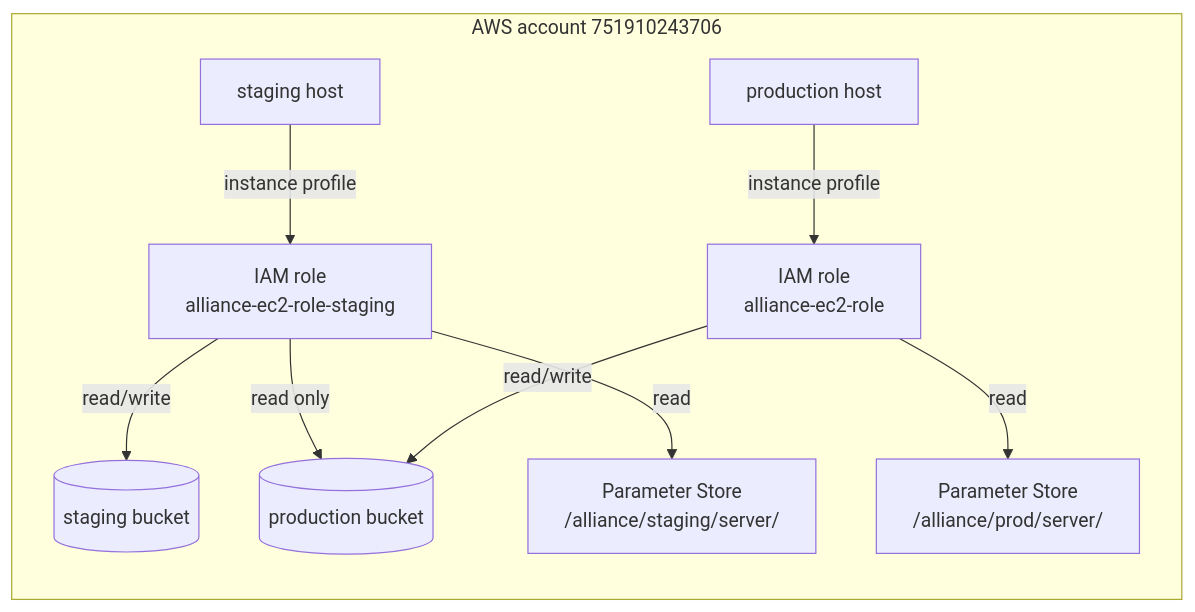
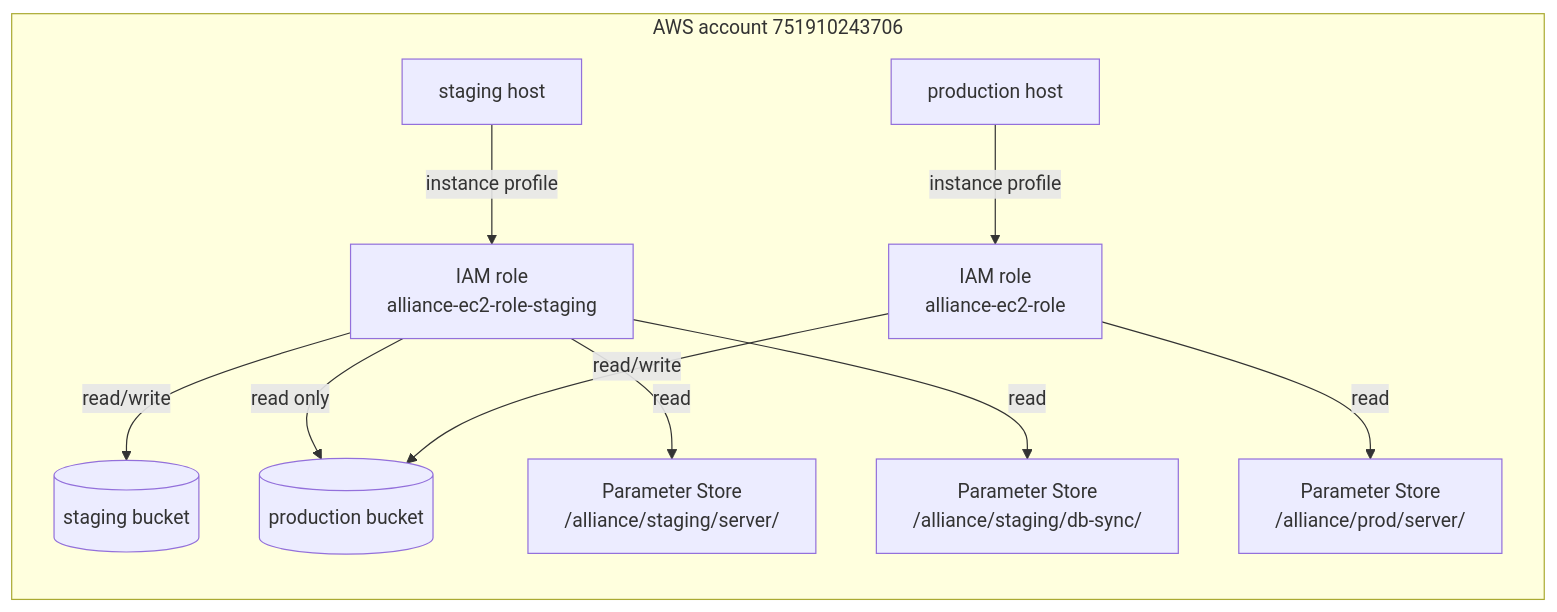
One commit to worldalliance/alliance changed the first of 2 diagrams in docs/backend-secrets.md. Above: the diagram before and after it, drawn with Mermaid. The commit also changed other lines of this file and 9 other files, not shown here.

````diff
--- a/docs/backend-secrets.md
+++ b/docs/backend-secrets.md
@@ -16,12 +16,13 @@
 ```mermaid
 flowchart LR
     subgraph AWS["AWS account 751910243706"]
         SBOX["staging host"] -->|instance profile| SROLE["IAM role<br/>alliance-ec2-role-staging"]
         PBOX["production host"] -->|instance profile| PROLE["IAM role<br/>alliance-ec2-role"]
         SROLE -->|read/write| SB[("staging bucket")]
         SROLE -->|read only| PB[("production bucket")]
         PROLE -->|read/write| PB
         SROLE -->|read| SSEC["Parameter Store<br/>/alliance/staging/server/"]
+        SROLE -->|read| SDS["Parameter Store<br/>/alliance/staging/db-sync/"]
         PROLE -->|read| PSEC["Parameter Store<br/>/alliance/prod/server/"]
     end
 ```
````
